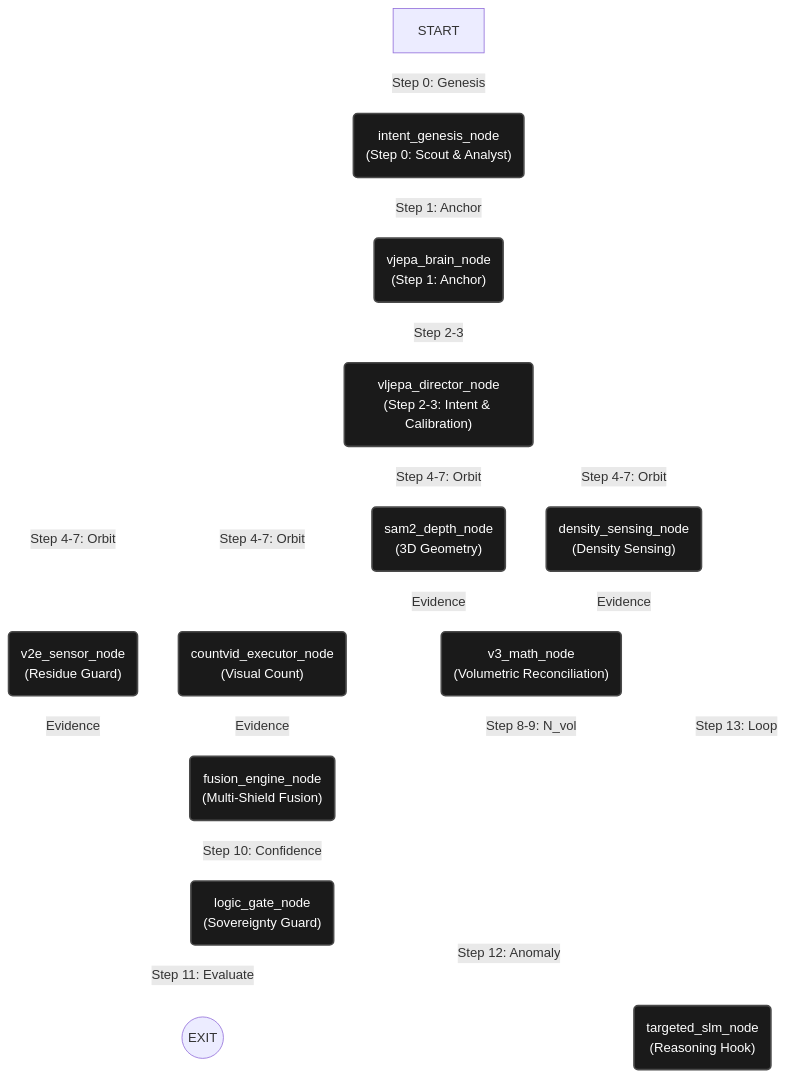
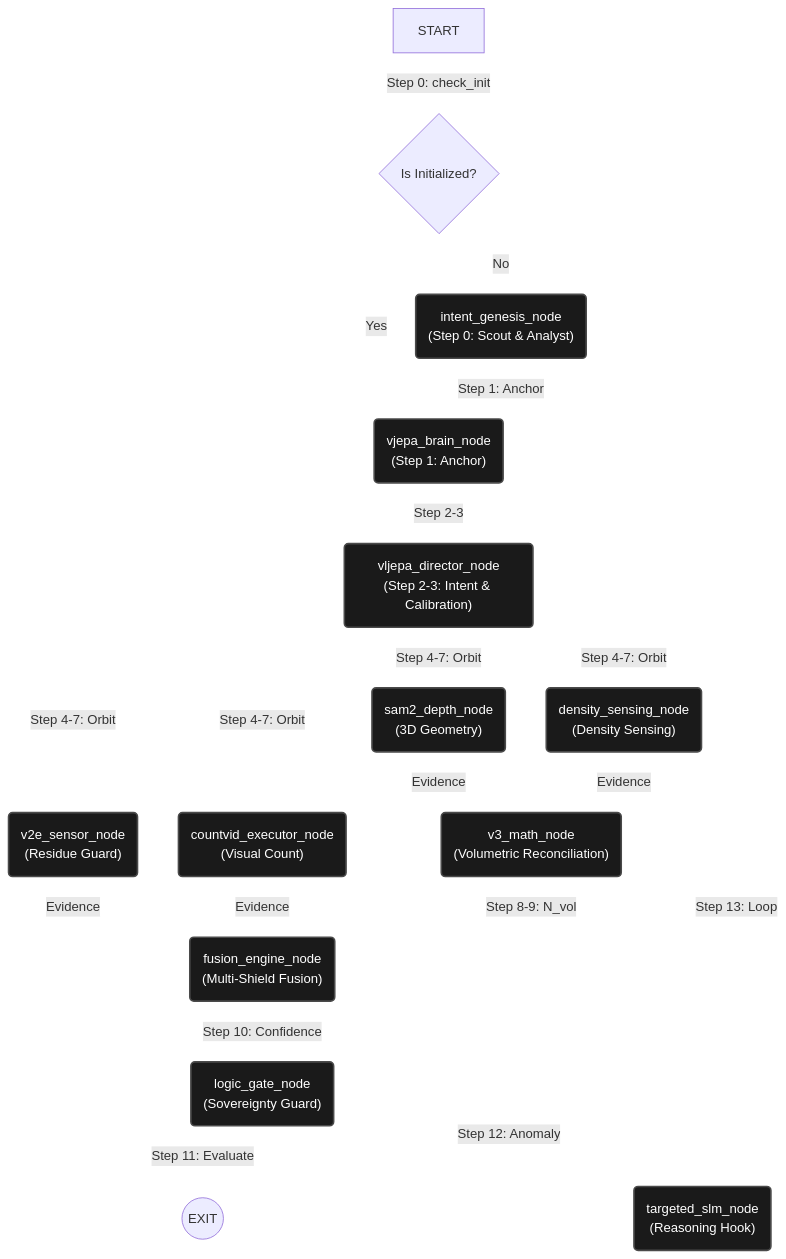
Before and after one commit to Yonnnnnnnnn/numeri-vjepa-experiment: the diagram in Architecture_Diagram.md, drawn with Mermaid. The commit also changed 10 other files, not shown here.

````diff
--- a/Architecture_Diagram.md
+++ b/Architecture_Diagram.md
@@ -27,41 +27,44 @@
 ```mermaid
 graph TD
     %% Define Objects (Nodes)
     %% Define Objects (Nodes)
     intent_genesis_node("intent_genesis_node<br>(Step 0: Scout & Analyst)")
     vjepa_brain_node("vjepa_brain_node<br>(Step 1: Anchor)")
     vljepa_director_node("vljepa_director_node<br>(Step 2-3: Intent & Calibration)")
     v2e_sensor_node("v2e_sensor_node<br>(Residue Guard)")
     sam2_depth_node("sam2_depth_node<br>(3D Geometry)")
     density_sensing_node("density_sensing_node<br>(Density Sensing)")
     countvid_executor_node("countvid_executor_node<br>(Visual Count)")
     v3_math_node("v3_math_node<br>(Volumetric Reconciliation)")
     fusion_engine_node("fusion_engine_node<br>(Multi-Shield Fusion)")
     logic_gate_node("logic_gate_node<br>(Sovereignty Guard)")
     targeted_slm_node("targeted_slm_node<br>(Reasoning Hook)")
 
     %% Define Sovereignty Flow (14-Step Recursive)
-    START["START"] -- "Step 0: Genesis" --> intent_genesis_node
+    START["START"] -- "Step 0: check_init" --> init_gate{Is Initialized?}
+    init_gate -- "No" --> intent_genesis_node
+    init_gate -- "Yes" --> vjepa_brain_node
+
     intent_genesis_node -- "Step 1: Anchor" --> vjepa_brain_node
     vjepa_brain_node -- "Step 2-3" --> vljepa_director_node
     vljepa_director_node -- "Step 4-7: Orbit" --> v2e_sensor_node
     vljepa_director_node -- "Step 4-7: Orbit" --> sam2_depth_node
     vljepa_director_node -- "Step 4-7: Orbit" --> density_sensing_node
     vljepa_director_node -- "Step 4-7: Orbit" --> countvid_executor_node
 
     v2e_sensor_node -- "Evidence" --> fusion_engine_node
     sam2_depth_node -- "Evidence" --> v3_math_node
     density_sensing_node -- "Evidence" --> v3_math_node
     countvid_executor_node -- "Evidence" --> fusion_engine_node
 
     v3_math_node -- "Step 8-9: N_vol" --> fusion_engine_node
     fusion_engine_node -- "Step 10: Confidence" --> logic_gate_node
     logic_gate_node -- "Step 11: Evaluate" --> EXIT((EXIT))
     logic_gate_node -- "Step 12: Anomaly" --> targeted_slm_node
     targeted_slm_node -- "Step 13: Loop" --> vljepa_director_node
 
     %% Styling
     linkStyle default stroke-width:2px,fill:none,stroke:white;
     classDef object fill:#1a1a1a,stroke:#4a4a4a,stroke-width:2px,color:white;
     class intent_genesis_node,vjepa_brain_node,vljepa_director_node,v2e_sensor_node,sam2_depth_node,density_sensing_node,countvid_executor_node,v3_math_node,fusion_engine_node,logic_gate_node,targeted_slm_node object;
 ```
````
